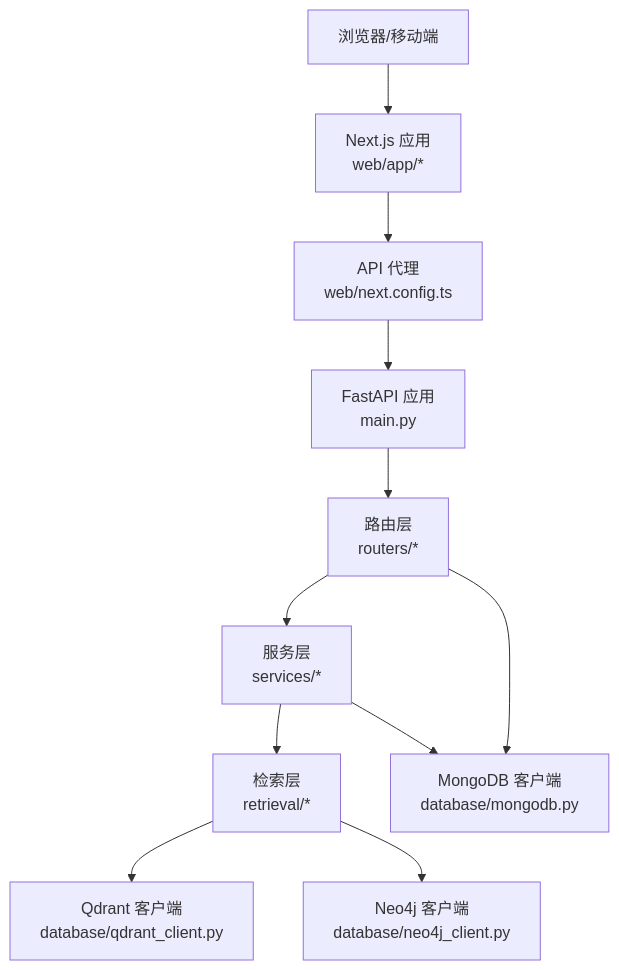
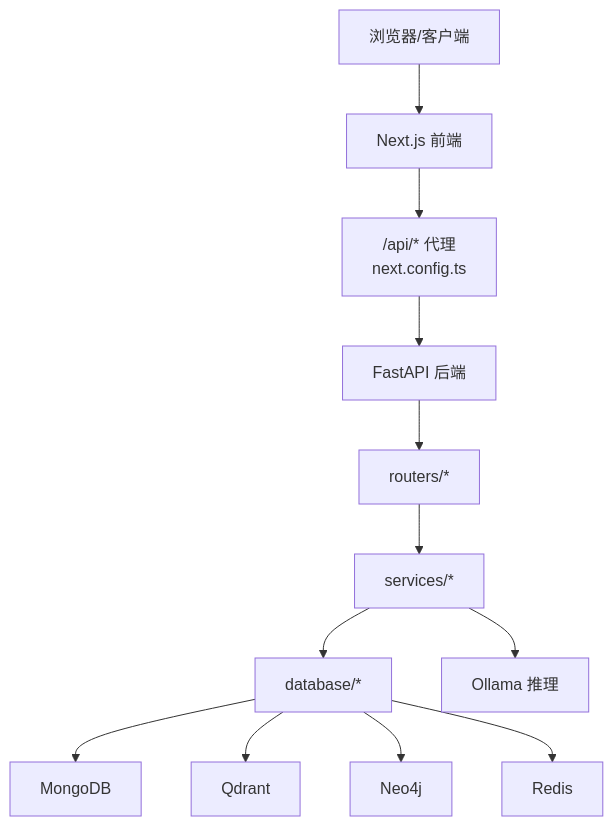
Before and after one commit to iammm0/advanced-rag: the second of 8 diagrams in .qoder/repowiki/zh/content/系统架构/整体架构设计.md, drawn with Mermaid. The commit also changed other lines of this file and 233 other files, not shown here.

````diff
--- a/.qoder/repowiki/zh/content/系统架构/整体架构设计.md
+++ b/.qoder/repowiki/zh/content/系统架构/整体架构设计.md
@@ -117,23 +108,14 @@
 ```mermaid
 graph TB
-Client["浏览器/移动端"]
-NextApp["Next.js 应用<br/>web/app/*"]
-Proxy["API 代理<br/>web/next.config.ts"]
-FastAPI["FastAPI 应用<br/>main.py"]
-Routers["路由层<br/>routers/*"]
-Services["服务层<br/>services/*"]
-Retrieval["检索层<br/>retrieval/*"]
-Mongo["MongoDB 客户端<br/>database/mongodb.py"]
-Qdrant["Qdrant 客户端<br/>database/qdrant_client.py"]
-Neo4j["Neo4j 客户端<br/>database/neo4j_client.py"]
-Client --> NextApp
-NextApp --> Proxy
-Proxy --> FastAPI
-FastAPI --> Routers
-Routers --> Services
-Services --> Retrieval
-Retrieval --> Qdrant
-Retrieval --> Neo4j
-Routers --> Mongo
-Services --> Mongo
+Client["浏览器/客户端"] --> Next["Next.js 前端"]
+Next --> Proxy["/api/* 代理<br/>next.config.ts"]
+Proxy --> FastAPI["FastAPI 后端"]
+FastAPI --> Routers["routers/*"]
+Routers --> Services["services/*"]
+Services --> DB["database/*"]
+Services --> Ollama["Ollama 推理"]
+DB --> Mongo["MongoDB"]
+DB --> Qdrant["Qdrant"]
+DB --> Neo4j["Neo4j"]
+DB --> Redis["Redis"]
 ```
````
